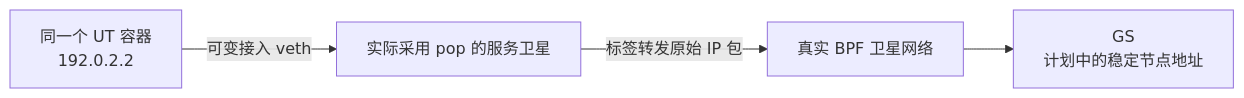
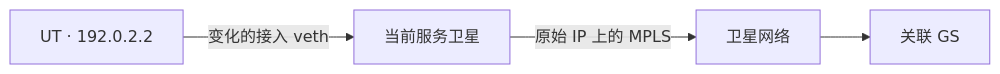
Before and after one commit to seed-labs/skyseed: the diagram in examples/s4_handover/experiment/ut/README.zh-CN.md, drawn with Mermaid. The commit also changed other lines of this file and 51 other files, not shown here.

````diff
--- a/examples/s4_handover/experiment/ut/README.zh-CN.md
+++ b/examples/s4_handover/experiment/ut/README.zh-CN.md
@@ -8,6 +8,6 @@
 ```mermaid
 flowchart LR
-    UT["同一个 UT 容器<br/>192.0.2.2"] -->|可变接入 veth| Sat[实际采用 pop 的服务卫星]
-    Sat -->|标签转发原始 IP 包| Net[真实 BPF 卫星网络]
-    Net --> GS["GS<br/>计划中的稳定节点地址"]
+    UT["UT · 192.0.2.2"] -->|变化的接入 veth| Sat[当前服务卫星]
+    Sat -->|原始 IP 上的 MPLS| Net[卫星网络]
+    Net --> GS[关联 GS]
 ```
````
